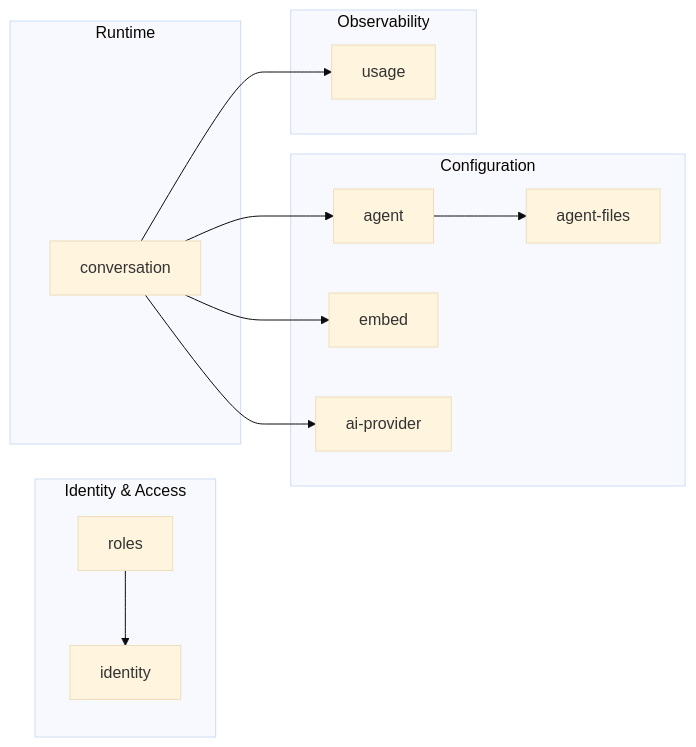
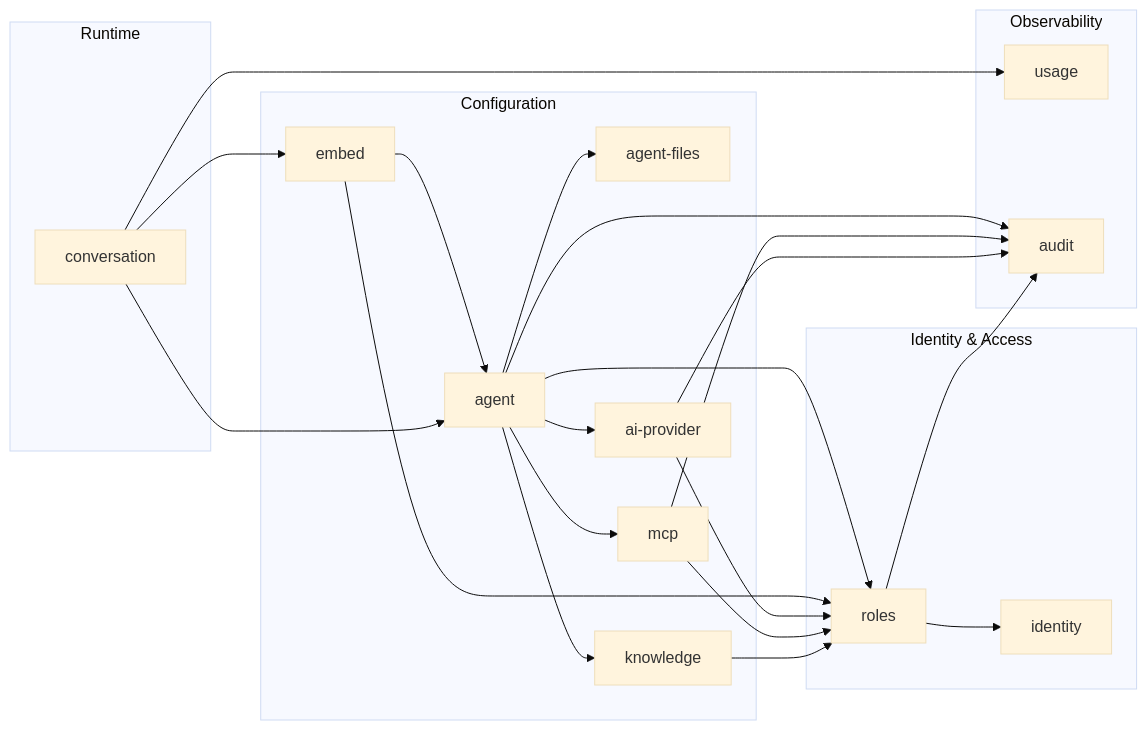
One commit to Talqo/talqo changed the diagram in docs/architecture/module-diagram.md. Above: the diagram before and after it, drawn with Mermaid (base theme). The commit also changed other lines of this file and 1 other file, not shown here.

Commit message:
docs: keep the module diagram as the desired architecture
Revert the flip to an implemented-state graph: the diagram intentionally
models the desired end-state. Keep the planned modules, mark them as
planned, restore the ERD relation, and state plainly that conversation
calls ai-provider directly only until knowledge and mcp land. Also add
the agent-files module, which was missing from the graph entirely.

````diff
--- a/docs/architecture/module-diagram.md
+++ b/docs/architecture/module-diagram.md
@@ -9,30 +9,47 @@
 ```mermaid
 graph LR
     subgraph "Identity & Access"
         identity[identity]
         roles[roles]
     end
 
     subgraph "Configuration"
         agent[agent]
         agent_files["agent-files"]
         embed[embed]
         ai_provider["ai-provider"]
+        mcp[mcp]
+        knowledge[knowledge]
     end
 
     subgraph "Runtime"
         conversation[conversation]
     end
 
     subgraph "Observability"
         usage[usage]
+        audit[audit]
     end
 
     roles --> identity
+
+    agent --> roles
     agent --> agent_files
+    agent --> ai_provider
+    agent --> mcp
+    agent --> knowledge
+    embed --> agent
+    embed --> roles
+    ai_provider --> roles
+    mcp --> roles
+    knowledge --> roles
 
     conversation --> embed
     conversation --> agent
-    conversation --> ai_provider
     conversation --> usage
+
+    roles --> audit
+    agent --> audit
+    mcp --> audit
+    ai_provider --> audit
 ```
````
